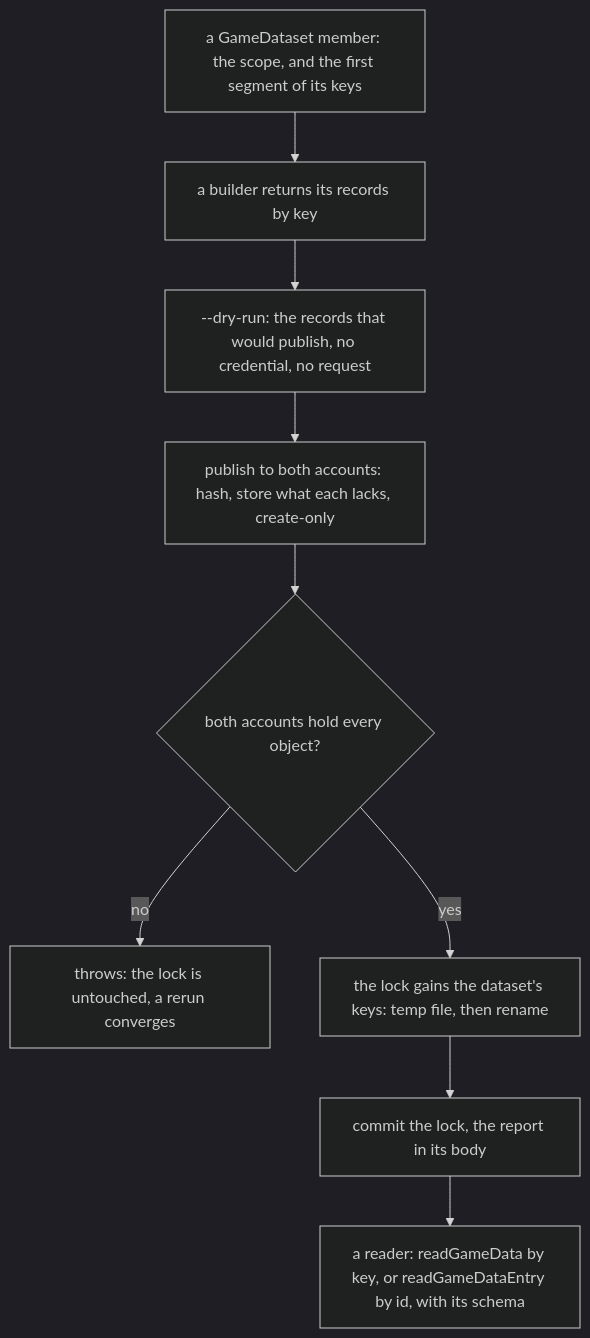
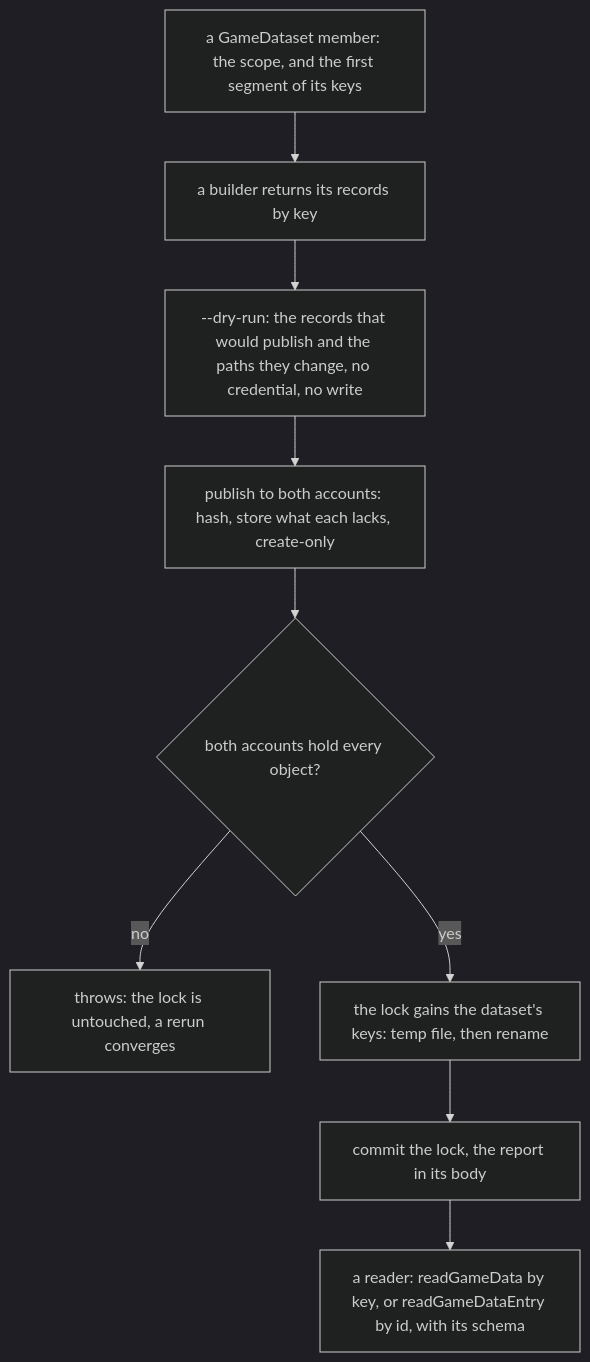
Before and after one commit to Esposter/Esposter: the first of 5 diagrams in openspec/specs/genshin/hosted-game-data/design.md, drawn with Mermaid (dark theme). The commit also changed other lines of this file and 85 other files, not shown here.

````diff
--- a/openspec/specs/genshin/hosted-game-data/design.md
+++ b/openspec/specs/genshin/hosted-game-data/design.md
@@ -90,11 +90,11 @@
 ```mermaid
 flowchart TD
   Member["a GameDataset member: the scope, and the first segment of its keys"] --> Builder["a builder returns its records by key"]
-  Builder --> Dry["--dry-run: the records that would publish, no credential, no request"]
+  Builder --> Dry["--dry-run: the records that would publish and the paths they change, no credential, no write"]
   Dry --> Publish["publish to both accounts: hash, store what each lacks, create-only"]
   Publish --> Held{"both accounts hold every object?"}
   Held -->|no| Abort["throws: the lock is untouched, a rerun converges"]
   Held -->|yes| Lock["the lock gains the dataset's keys: temp file, then rename"]
   Lock --> Commit["commit the lock, the report in its body"]
   Commit --> Reader["a reader: readGameData by key, or readGameDataEntry by id, with its schema"]
 ```
````
